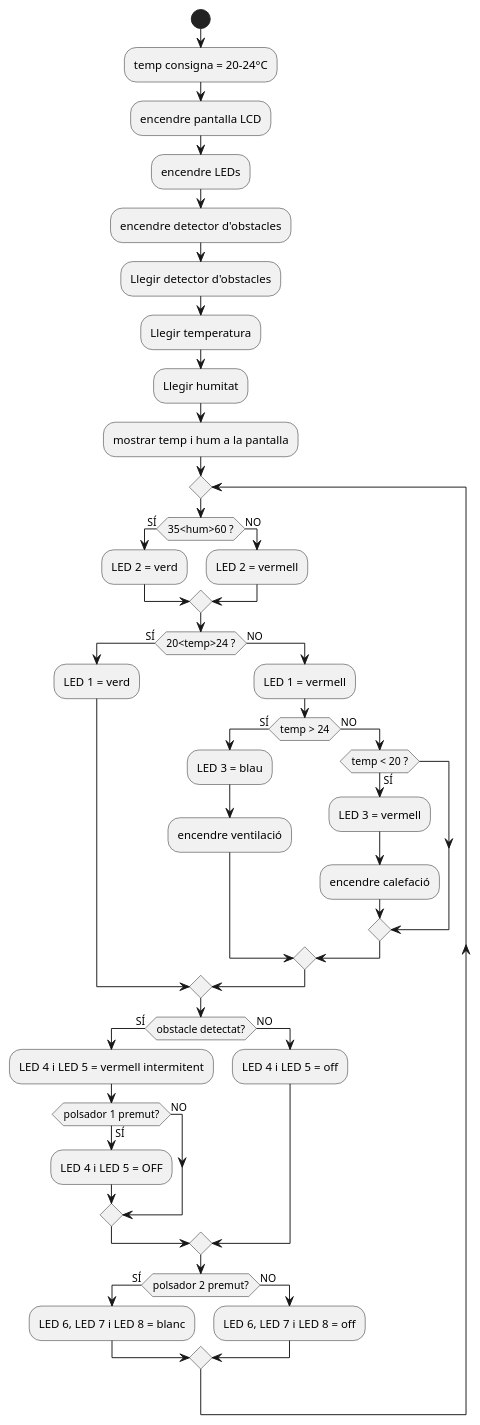
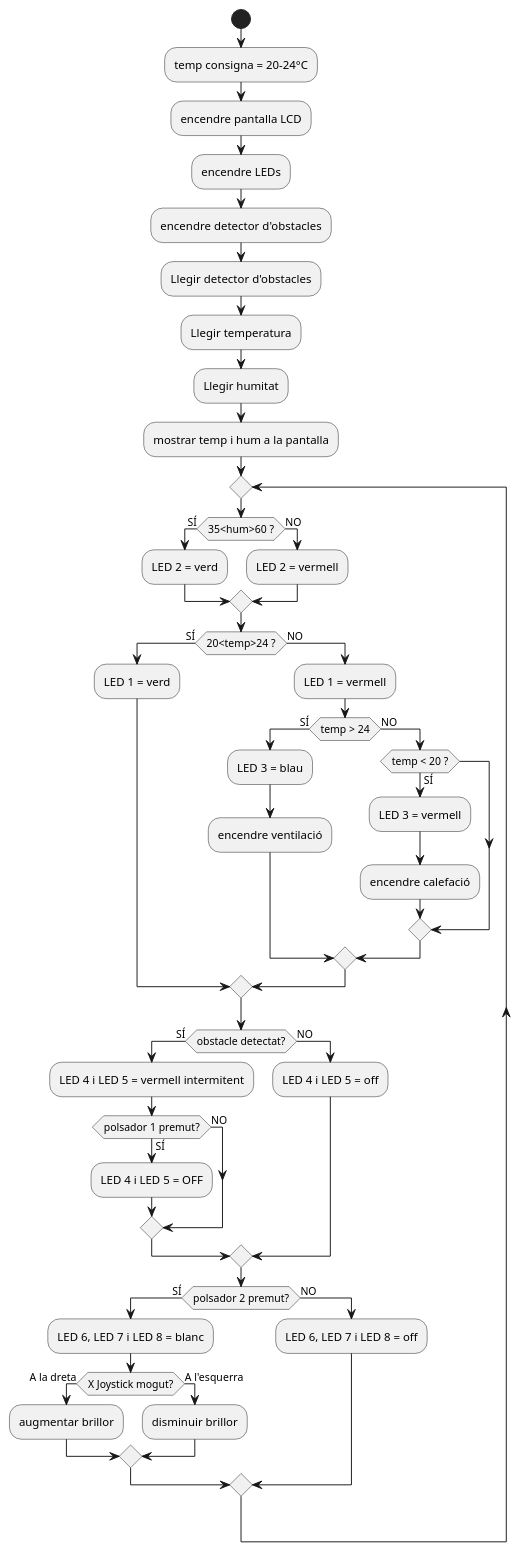
The diagram in diagrams/flux.puml (alex-touza/casa-domotica), drawn with PlantUML before and after one commit.

```diff
--- a/diagrams/flux.puml
+++ b/diagrams/flux.puml
@@ -1,55 +1,60 @@
 @startuml
 Start;
 :temp consigna = 20-24°C;
 :encendre pantalla LCD;
 :encendre LEDs;
 :encendre detector d'obstacles;
 :Llegir detector d'obstacles;
 :Llegir temperatura;
 :Llegir humitat;
 :mostrar temp i hum a la pantalla;
 repeat
 if (35<hum>60 ?) then (SÍ)
  ->
  :LED 2 = verd;
  else (NO)
  ->
  :LED 2 = vermell;
 endif
 if (20<temp>24 ?) then (SÍ)
  ->
  :LED 1 = verd;
  else (NO)
  -> 
  :LED 1 = vermell;
 if (temp > 24) then (SÍ)
   ->
   :LED 3 = blau;
   :encendre ventilació;
   else (NO)
    if (temp < 20 ?) then (SÍ)
    -> 
    :LED 3 = vermell;
    :encendre calefació;
 endif
 endif
 endif
 if (obstacle detectat?) then (SÍ)
  ->
  :LED 4 i LED 5 = vermell intermitent;
  if (polsador 1 premut?) then (SÍ)
   ->
   :LED 4 i LED 5 = OFF;
   else (NO)
  endif
  else (NO)
  :LED 4 i LED 5 = off;
 endif
 if (polsador 2 premut?) then (SÍ)
  -> 
  :LED 6, LED 7 i LED 8 = blanc;
+  if (X Joystick mogut?) then (A la dreta)
+  :augmentar brillor;
+  else (A l'esquerra)
+  :disminuir brillor;
+  endif
  else (NO)
  :LED 6, LED 7 i LED 8 = off;
 endif
 
 @enduml
```
